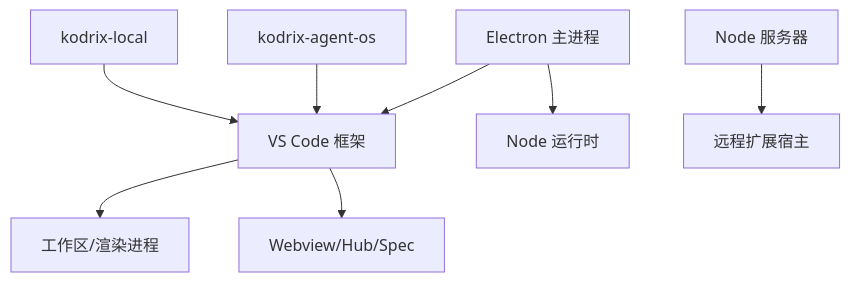
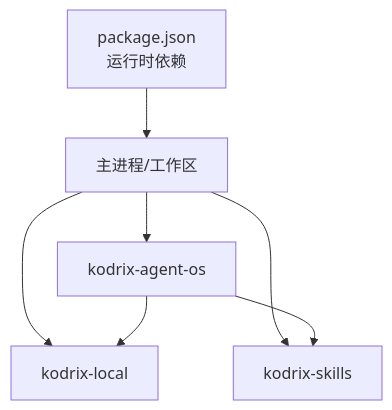
Before and after one commit to sofate798/KodrixCode: the seventh of 7 diagrams in .qoder/repowiki/zh/content/架构设计/架构设计.md, drawn with Mermaid. The commit also changed other lines of this file and 178 other files, not shown here.

````diff
--- a/.qoder/repowiki/zh/content/架构设计/架构设计.md
+++ b/.qoder/repowiki/zh/content/架构设计/架构设计.md
@@ -314,10 +250,9 @@
 ```mermaid
 graph TB
-Main["Electron 主进程"] --> VS["VS Code 框架"]
-Main --> Node["Node 运行时"]
-Server["Node 服务器"] --> Remote["远程扩展宿主"]
-Ext1["kodrix-agent-os"] --> VS
-Ext2["kodrix-local"] --> VS
-VS --> UI["工作区/渲染进程"]
-VS --> Webview["Webview/Hub/Spec"]
+P["package.json<br/>运行时依赖"] --> M["主进程/工作区"]
+M --> E1["kodrix-agent-os"]
+M --> E2["kodrix-local"]
+M --> E3["kodrix-skills"]
+E1 --> E2
+E1 --> E3
 ```
````
